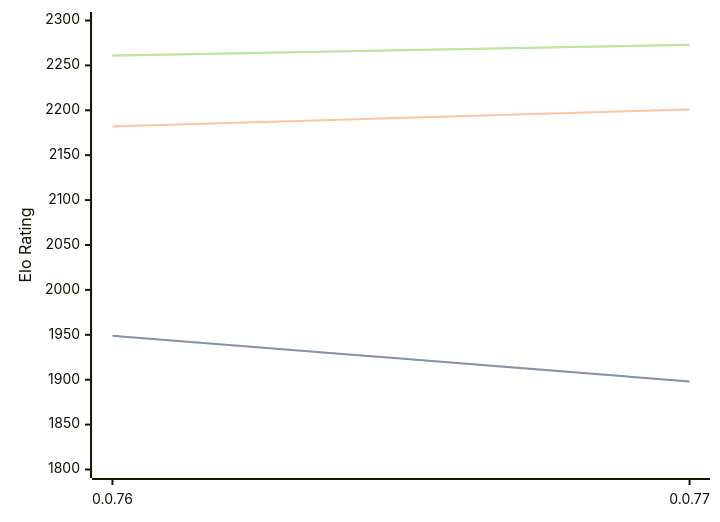
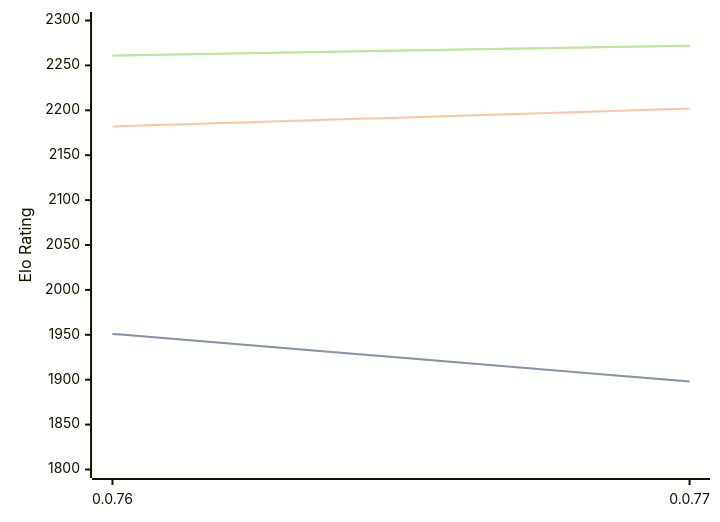
Before and after one commit to computer-chess-index/cci: the diagram in engines/Fktb.md, drawn with Mermaid. The commit also changed other lines of this file, not shown here.

Commit message:
Update CCI Ratings (ELO VLTC) - 2026-05-15

````diff
--- a/engines/Fktb.md
+++ b/engines/Fktb.md
@@ -32,11 +32,11 @@
 ```mermaid
 %%{init: {"theme":"base","themeVariables":{"seriesColors:['#a3a3a3','#222221','#faa371']}}}%%
 xychart-beta
   x-axis ["0.0.76", "0.0.77"]
   y-axis "Elo Rating" 1800 --> 2300
-  line "STC (8.0+0.08s)" [1949, 1898]
-  line "STC (8.0+0.08s)" [1949, 1898]
-  line "LTC (60.0+0.60s)" [2182, 2201]
-  line "VLTC (2m24s+1.12s)" [2261, 2273]
-  line "VLTC (2m24s+1.12s)" [2261, 2273]
+  line "STC (8.0+0.08s)" [1951, 1898]
+  line "STC (8.0+0.08s)" [1951, 1898]
+  line "LTC (60.0+0.60s)" [2182, 2202]
+  line "VLTC (2m24s+1.12s)" [2261, 2272]
+  line "VLTC (2m24s+1.12s)" [2261, 2272]
 ```
````
